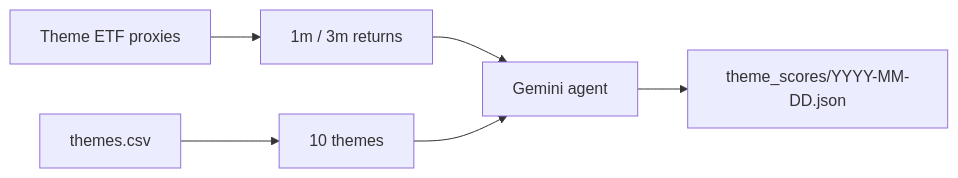
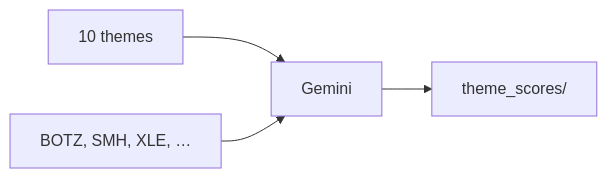
The second of 2 diagrams in README.md (wanmingz/ai_factor_barra), drawn with Mermaid before and after one commit. The commit also changed other lines of this file, not shown here.

````diff
--- a/README.md
+++ b/README.md
@@ -289,8 +134,6 @@
 ```mermaid
 flowchart LR
-    CSV[themes.csv] --> THEMES[10 themes]
-    ETF[Theme ETF proxies] --> CTX[1m / 3m returns]
-    CTX --> GEM[Gemini agent]
-    THEMES --> GEM
-    GEM --> JSON[theme_scores/YYYY-MM-DD.json]
+    THEMES[10 themes] --> GEM[Gemini]
+    ETF[BOTZ, SMH, XLE, …] --> GEM
+    GEM --> JSON[theme_scores/]
 ```
````
